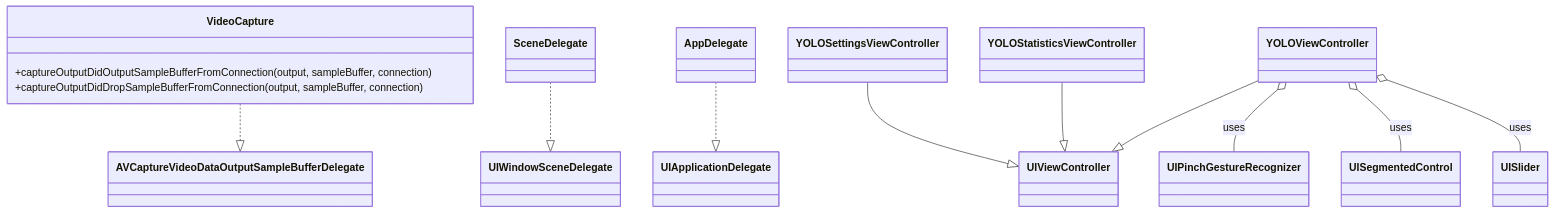
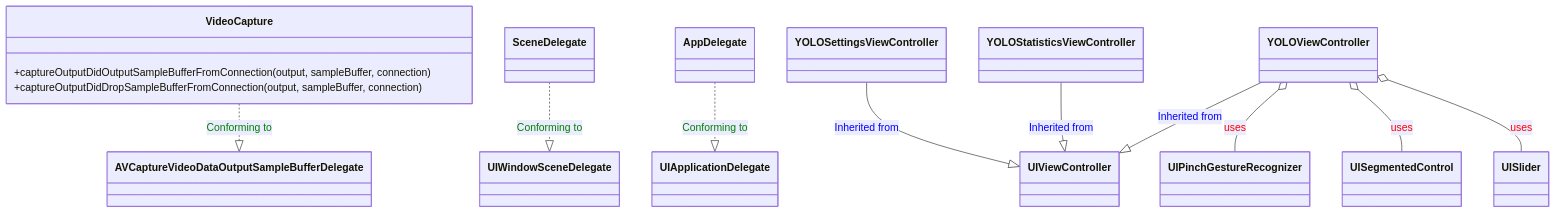
Before and after one commit to CongLeSolutionX/iOS-development-vault: the sixth of 10 diagrams in Reversing_Engineer_through_Interfaces/Swift-generated_header_file_in_depth_in_Mermaid.md, drawn with Mermaid. The commit also changed other lines of this file, not shown here.

Commit message:
update notes with color codes

````diff
--- a/Reversing_Engineer_through_Interfaces/Swift-generated_header_file_in_depth_in_Mermaid.md
+++ b/Reversing_Engineer_through_Interfaces/Swift-generated_header_file_in_depth_in_Mermaid.md
@@ -307,38 +317,44 @@
 ```mermaid
+%%   Notes:
+%%   - Blue arrows (`--|>`) represent inheritance.
+%%   - Green arrows (`..|>`) represent protocol conformance.
+%%   - Red Open diamonds arrows (`o--`) represent associations (usage/has-a relationships).
+
 classDiagram
     class AVCaptureVideoDataOutputSampleBufferDelegate
     class VideoCapture {
         +captureOutputDidOutputSampleBufferFromConnection(output, sampleBuffer, connection)
         +captureOutputDidDropSampleBufferFromConnection(output, sampleBuffer, connection)
     }
-    VideoCapture ..|> AVCaptureVideoDataOutputSampleBufferDelegate
+    VideoCapture ..|> AVCaptureVideoDataOutputSampleBufferDelegate : <font color=green>Conforming to</font>
 
     class UIWindowSceneDelegate
     class SceneDelegate
-    SceneDelegate ..|> UIWindowSceneDelegate
+    SceneDelegate ..|> UIWindowSceneDelegate : <font color=green>Conforming to</font>
 
     class UIApplicationDelegate
     class AppDelegate
-    AppDelegate ..|> UIApplicationDelegate
+    AppDelegate ..|> UIApplicationDelegate : <font color=green>Conforming to</font>
 
     %% View Controllers Conforming to UIViewController
     class UIViewController
 
     class YOLOViewController
-    YOLOViewController --|> UIViewController
+    YOLOViewController --|> UIViewController :  <font color=blue>Inherited from</font>
 
     class YOLOSettingsViewController
-    YOLOSettingsViewController --|> UIViewController
+    YOLOSettingsViewController --|> UIViewController :  <font color=blue>Inherited from</font>
 
     class YOLOStatisticsViewController
-    YOLOStatisticsViewController --|> UIViewController
+    YOLOStatisticsViewController --|> UIViewController :  <font color=blue>Inherited from</font>
 
     %% Gesture Recognizers and Controls
     class UIPinchGestureRecognizer
     class UISegmentedControl
     class UISlider
 
-    YOLOViewController o-- UIPinchGestureRecognizer : uses
-    YOLOViewController o-- UISegmentedControl : uses
-    YOLOViewController o-- UISlider : uses
+    YOLOViewController o-- UIPinchGestureRecognizer : <font color=red>uses</font>
+    YOLOViewController o-- UISegmentedControl : <font color=red>uses</font>
+    YOLOViewController o-- UISlider : <font color=red>uses</font>
+
 ```
````
